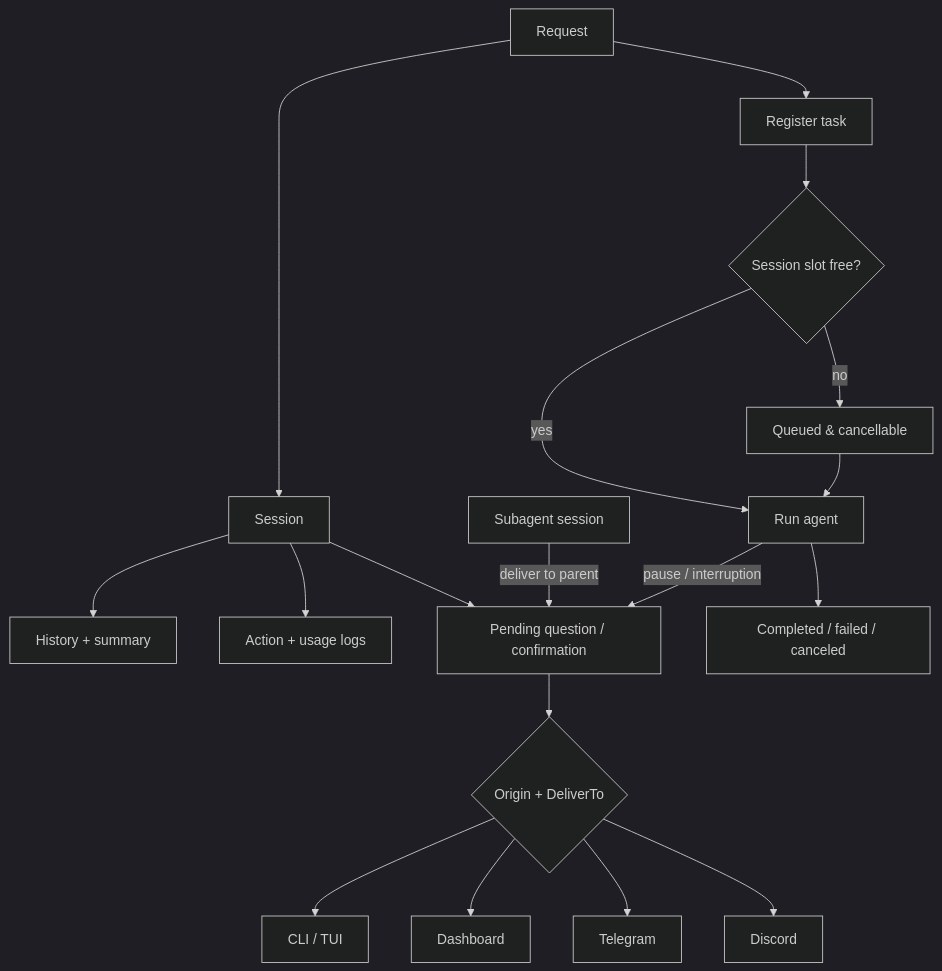
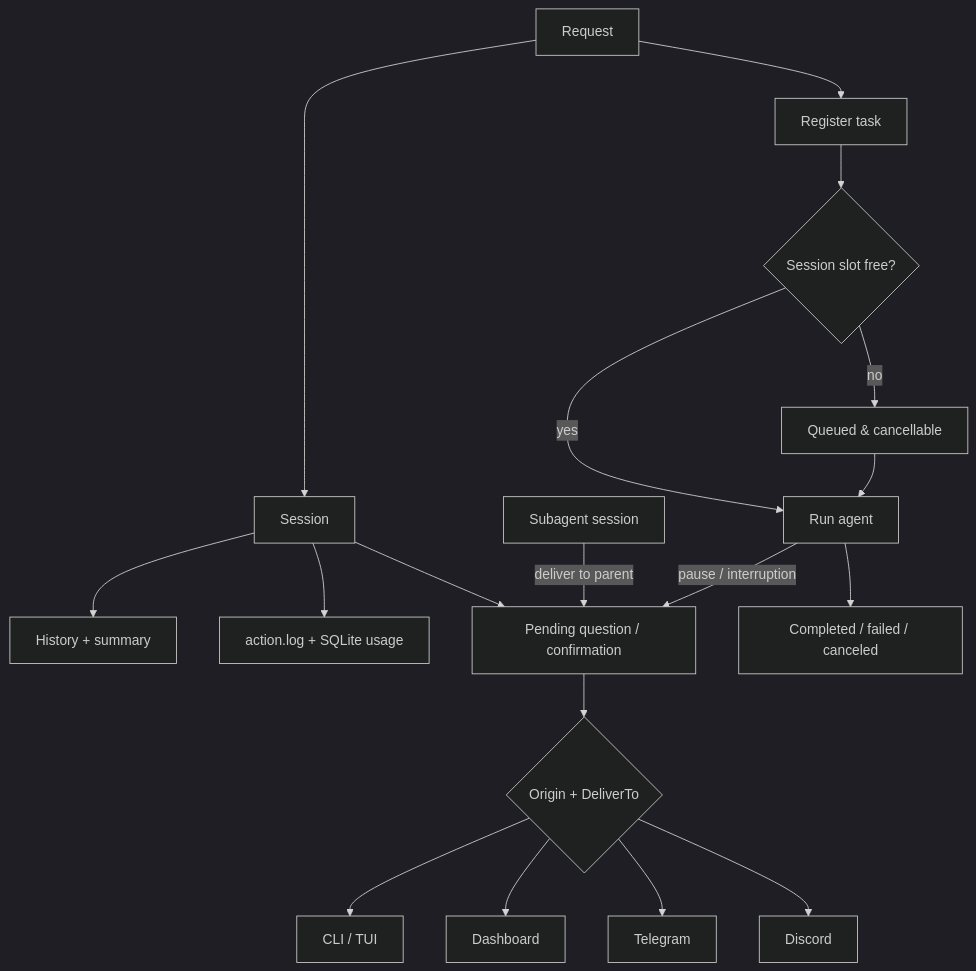
One commit to agenvoy/Agenvoy changed the fifth of 9 diagrams in doc/architecture.md. Above: the diagram before and after it, drawn with Mermaid (dark theme). The commit also changed other lines of this file and 3 other files, not shown here.

Commit message:
doc: Update architecture and runtime documentation

````diff
--- a/doc/architecture.md
+++ b/doc/architecture.md
@@ -89,20 +93,20 @@
 ```mermaid
 graph TB
     Request[Request] --> Session[Session]
     Session --> History[History + summary]
-    Session --> Logs[Action + usage logs]
+    Session --> Logs[action.log + SQLite usage]
     Session --> Pending[Pending question / confirmation]
     Pending --> Routing{Origin + DeliverTo}
     Routing --> CLI[CLI / TUI]
     Routing --> Web[Dashboard]
     Routing --> TG[Telegram]
     Routing --> DC[Discord]
     Subagent[Subagent session] -->|deliver to parent| Pending
     Request --> Register[Register task]
     Register --> Gate{Session slot free?}
     Gate -->|yes| Execute[Run agent]
     Gate -->|no| Queue[Queued & cancellable]
     Queue --> Execute
     Execute --> Finish[Completed / failed / canceled]
     Execute -->|pause / interruption| Pending
 ```
````
